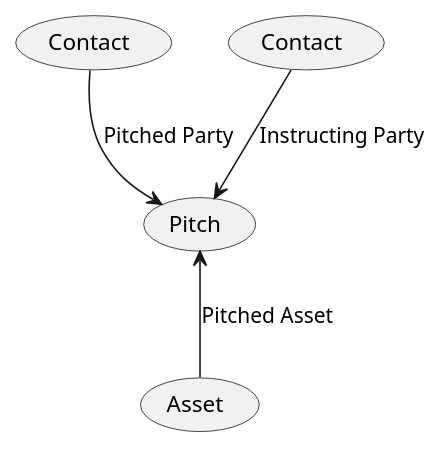
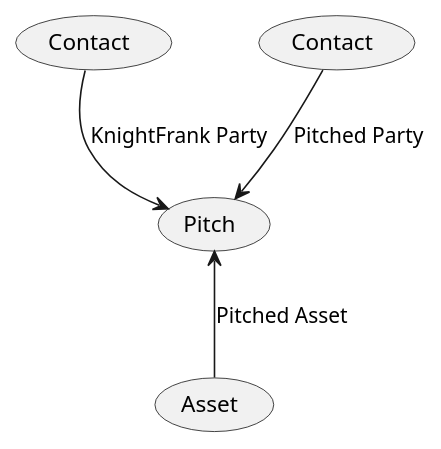
The diagram in assets/RealEstate/Pitch.puml (Kf-GaryNewport/Kf-GaryNewport.github.io), drawn with PlantUML before and after one commit.

```diff
--- a/assets/RealEstate/Pitch.puml
+++ b/assets/RealEstate/Pitch.puml
@@ -1,10 +1,10 @@
 @startuml Pitch
 
 (Contact) as (KfParty)
 (Contact) as (ClientParty)
 
-(ClientParty) --> (Pitch) : Instructing Party
-(KfParty) --> (Pitch) : Pitched Party
+(ClientParty) --> (Pitch) : Pitched Party
+(KfParty) --> (Pitch) : KnightFrank Party
 (Pitch) <-- (Asset) : Pitched Asset
  
 @enduml
```
